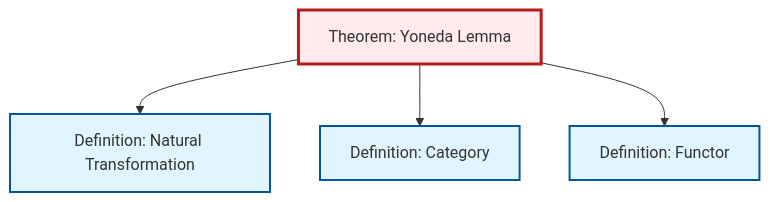
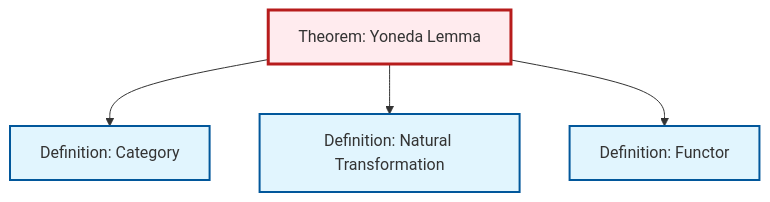
Before and after one commit to RK0429/ModernMath: the diagram in content/en/category-theory/thm-yoneda.qmd, drawn with Mermaid. The commit also changed other lines of this file and 360 other files, not shown here.

````diff
--- a/content/en/category-theory/thm-yoneda.qmd
+++ b/content/en/category-theory/thm-yoneda.qmd
@@ -88,20 +88,20 @@
 ```{mermaid}
 %%| fig-cap: "Local dependency graph"
 graph TD
     classDef definition fill:#e1f5fe,stroke:#01579b,stroke-width:2px
     classDef theorem fill:#f3e5f5,stroke:#4a148c,stroke-width:2px
     classDef axiom fill:#fff3e0,stroke:#e65100,stroke-width:2px
     classDef example fill:#e8f5e9,stroke:#1b5e20,stroke-width:2px
     classDef current fill:#ffebee,stroke:#b71c1c,stroke-width:3px
+    def-category["Definition: Category"]:::definition
+    def-functor["Definition: Functor"]:::definition
     def-natural-transformation["Definition: Natural Transformation"]:::definition
     thm-yoneda["Theorem: Yoneda Lemma"]:::theorem
-    def-category["Definition: Category"]:::definition
-    def-functor["Definition: Functor"]:::definition
+    thm-yoneda --> def-category
     thm-yoneda --> def-natural-transformation
-    thm-yoneda --> def-category
     thm-yoneda --> def-functor
     class thm-yoneda current
-    click def-natural-transformation "def-natural-transformation.html" "Go to Natural Transformation definition"
     click def-category "def-category.html" "Go to Category definition"
     click def-functor "def-functor.html" "Go to Functor definition"
+    click def-natural-transformation "def-natural-transformation.html" "Go to Natural Transformation definition"
 ```
````
